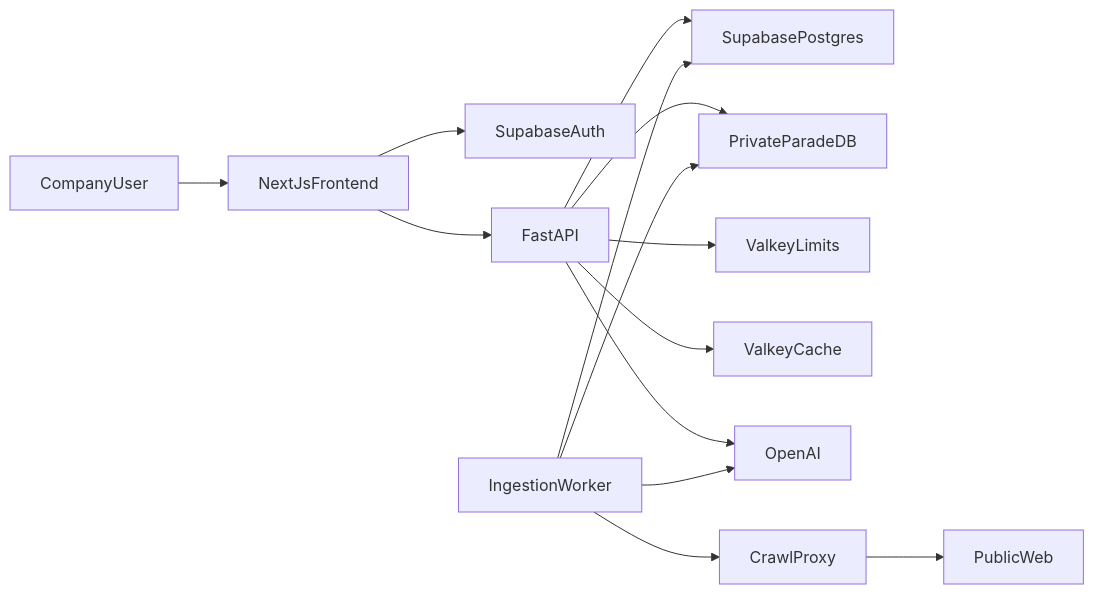
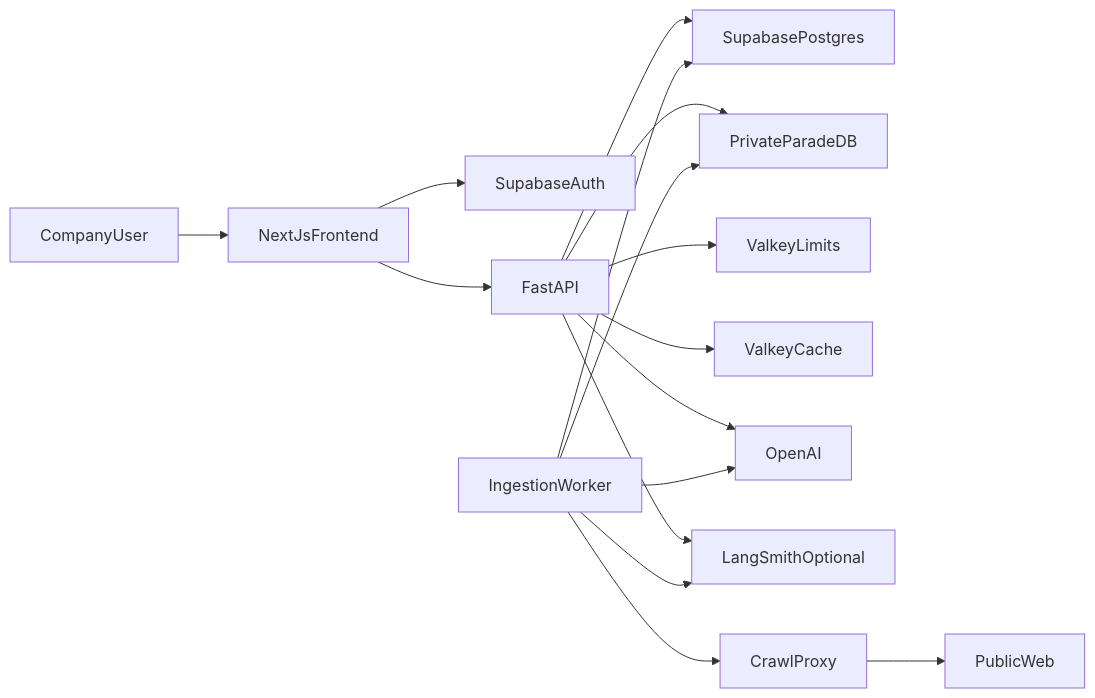
One commit to Nagdy8888/smart-rag changed the diagram in docs/architecture/01-system-context.md. Above: the diagram before and after it, drawn with Mermaid. The commit also changed other lines of this file and 24 other files, not shown here.

Commit message:
Trace every gateway model and embedding call in LangSmith with redacted payloads.

````diff
--- a/docs/architecture/01-system-context.md
+++ b/docs/architecture/01-system-context.md
@@ -13,16 +13,18 @@
 ```mermaid
 flowchart LR
   user["CompanyUser"] --> frontend["NextJsFrontend"]
   frontend --> supabaseAuth["SupabaseAuth"]
   frontend --> api["FastAPI"]
   api --> supabaseDb["SupabasePostgres"]
   api --> parade["PrivateParadeDB"]
   api --> valkeyL["ValkeyLimits"]
   api --> valkeyC["ValkeyCache"]
   api --> openai["OpenAI"]
+  api --> langsmith["LangSmithOptional"]
   worker["IngestionWorker"] --> supabaseDb
   worker --> parade
   worker --> crawl["CrawlProxy"]
   crawl --> web["PublicWeb"]
   worker --> openai
+  worker --> langsmith
 ```
````
